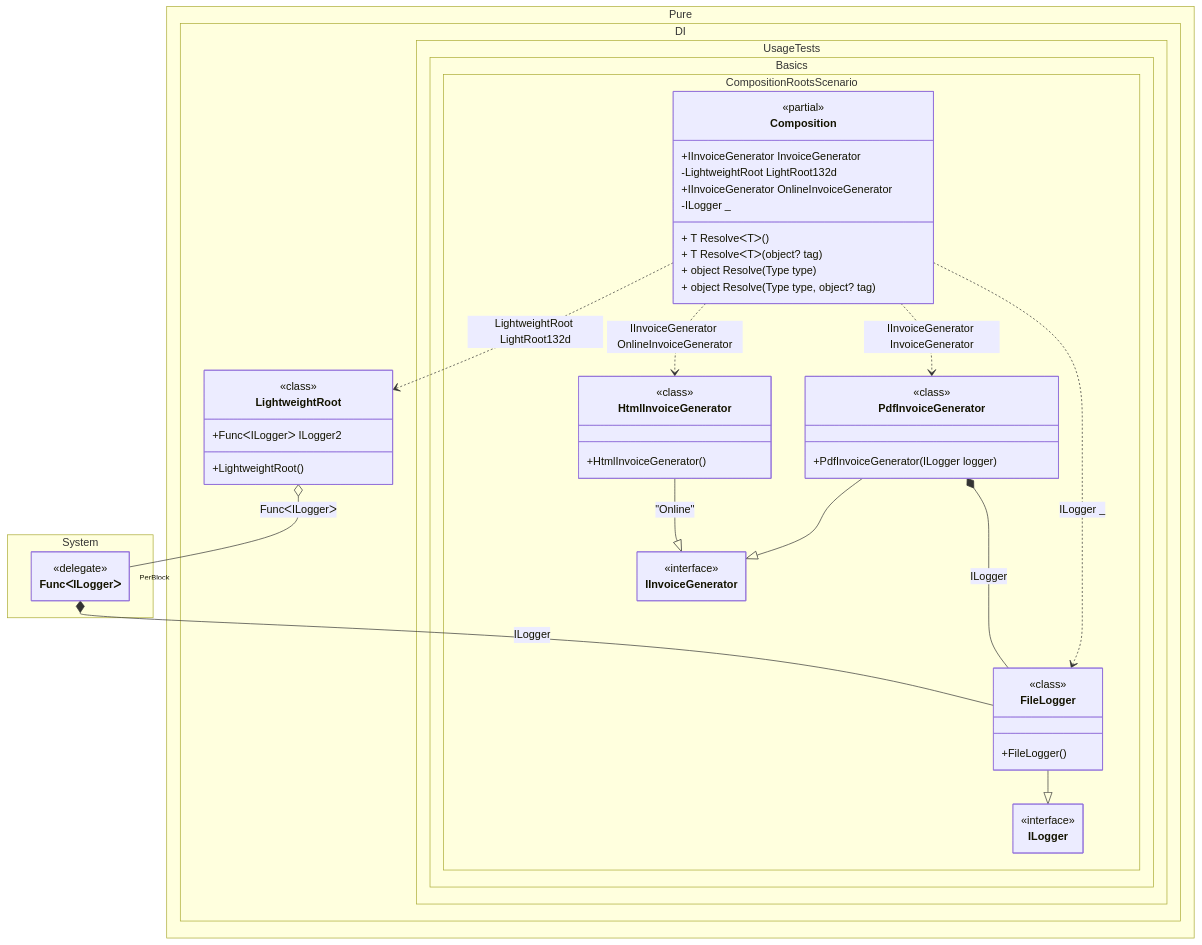
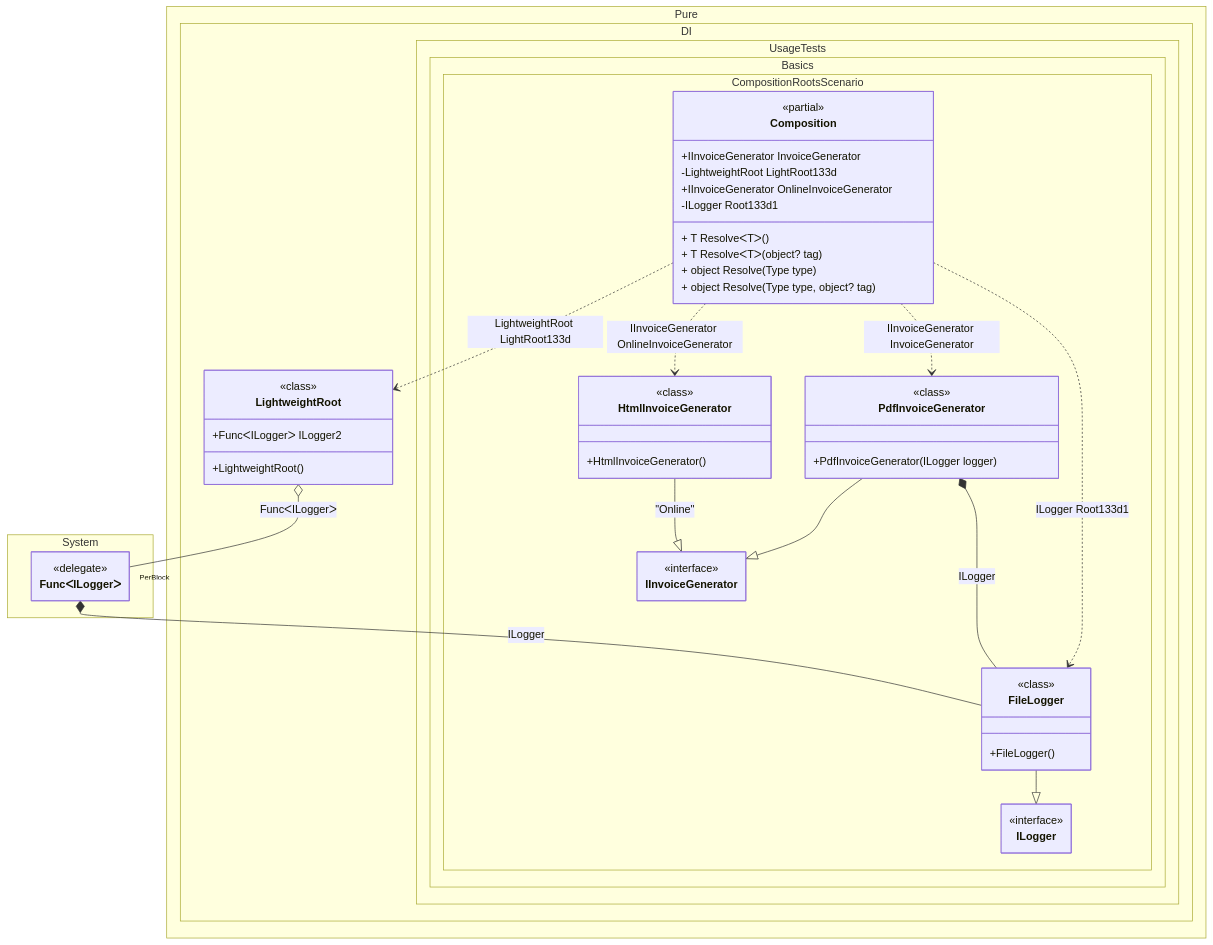
One commit to MaiKuraki/Pure.DI changed the diagram in readme/composition-roots.md. Above: the diagram before and after it, drawn with Mermaid. The commit also changed 152 other files, not shown here.

````diff
--- a/readme/composition-roots.md
+++ b/readme/composition-roots.md
@@ -324,63 +324,61 @@
 ```mermaid
 ---
  config:
-  maxTextSize: 2147483647
-  maxEdges: 2147483647
   class:
    hideEmptyMembersBox: true
 ---
 classDiagram
 	PdfInvoiceGenerator --|> IInvoiceGenerator
-	HtmlInvoiceGenerator --|> IInvoiceGenerator : "Online" 
+	HtmlInvoiceGenerator --|> IInvoiceGenerator : "Online"
 	FileLogger --|> ILogger
-	Composition ..> LightweightRoot : LightweightRoot LightRoot132d
+	Composition ..> LightweightRoot : LightweightRoot LightRoot133d
 	Composition ..> HtmlInvoiceGenerator : IInvoiceGenerator OnlineInvoiceGenerator
-	Composition ..> FileLogger : ILogger _
+	Composition ..> FileLogger : ILogger Root133d1
 	Composition ..> PdfInvoiceGenerator : IInvoiceGenerator InvoiceGenerator
-	PdfInvoiceGenerator *--  FileLogger : ILogger
+	PdfInvoiceGenerator *-- FileLogger : ILogger
 	LightweightRoot o-- "PerBlock" FuncᐸILoggerᐳ : FuncᐸILoggerᐳ
-	FuncᐸILoggerᐳ *--  FileLogger : ILogger
+	FuncᐸILoggerᐳ *-- FileLogger : ILogger
 	namespace Pure.DI {
 		class LightweightRoot {
 				<<class>>
 			+LightweightRoot()
 			+FuncᐸILoggerᐳ ILogger2
 		}
 	}
 	namespace Pure.DI.UsageTests.Basics.CompositionRootsScenario {
 		class Composition {
 		<<partial>>
 		+IInvoiceGenerator InvoiceGenerator
-		-LightweightRoot LightRoot132d
+		-LightweightRoot LightRoot133d
 		+IInvoiceGenerator OnlineInvoiceGenerator
-		-ILogger _
+		-ILogger Root133d1
 		+ T ResolveᐸTᐳ()
 		+ T ResolveᐸTᐳ(object? tag)
 		+ object Resolve(Type type)
 		+ object Resolve(Type type, object? tag)
 		}
 		class FileLogger {
 				<<class>>
 			+FileLogger()
 		}
 		class HtmlInvoiceGenerator {
 				<<class>>
 			+HtmlInvoiceGenerator()
 		}
 		class IInvoiceGenerator {
 			<<interface>>
 		}
 		class ILogger {
 			<<interface>>
 		}
 		class PdfInvoiceGenerator {
 				<<class>>
 			+PdfInvoiceGenerator(ILogger logger)
 		}
 	}
 	namespace System {
 		class FuncᐸILoggerᐳ {
 				<<delegate>>
 		}
 	}
 ```
````
